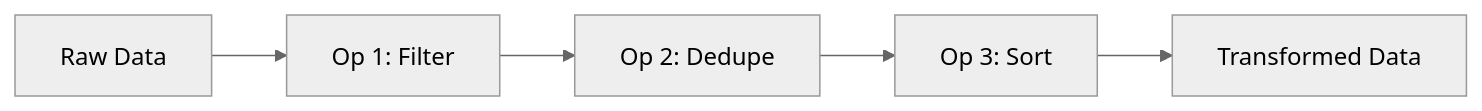
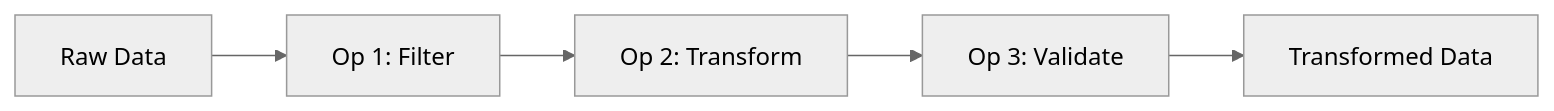
One commit to gabehrwitz/docs changed the diagram in features/operations.mdx. Above: the diagram before and after it, drawn with Mermaid (neutral theme). The commit also changed other lines of this file and 14 other files, not shown here.

````diff
--- a/features/operations.mdx
+++ b/features/operations.mdx
@@ -14,7 +14,7 @@
 ```mermaid
 graph LR
     A[Raw Data] --> B[Op 1: Filter]
-    B --> C[Op 2: Dedupe]
-    C --> D[Op 3: Sort]
+    B --> C[Op 2: Transform]
+    C --> D[Op 3: Validate]
     D --> E[Transformed Data]
 ```
````
